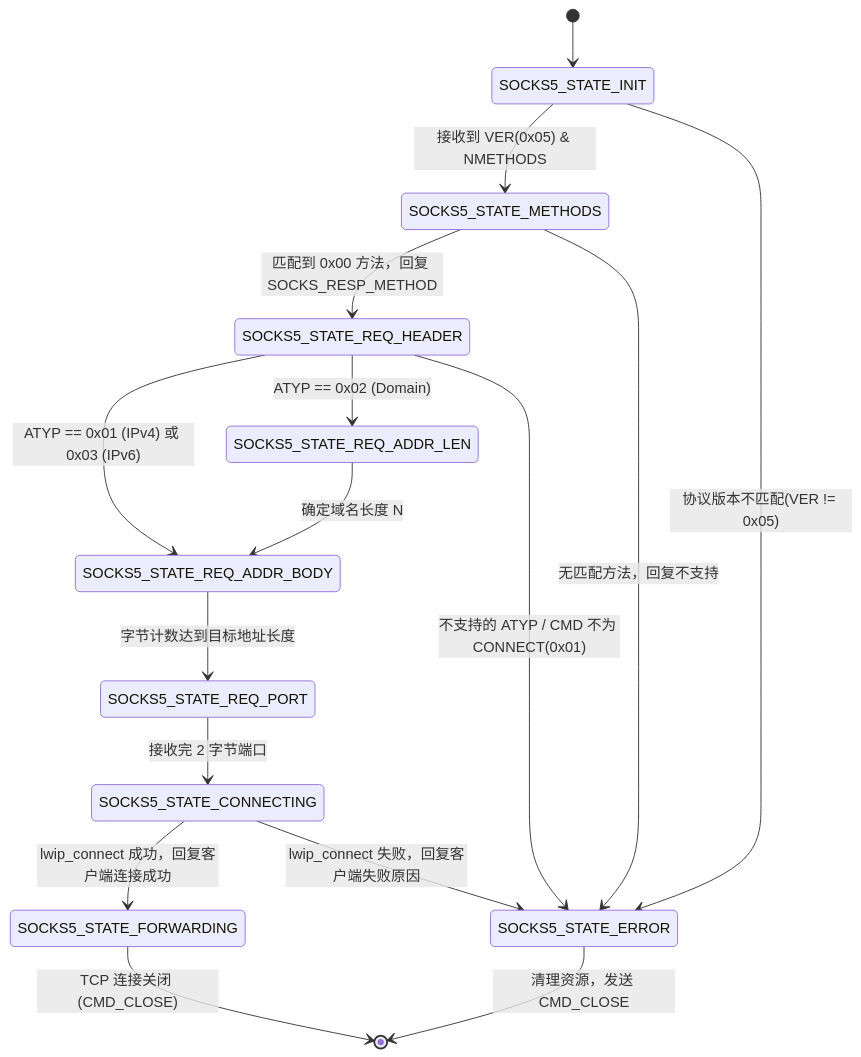
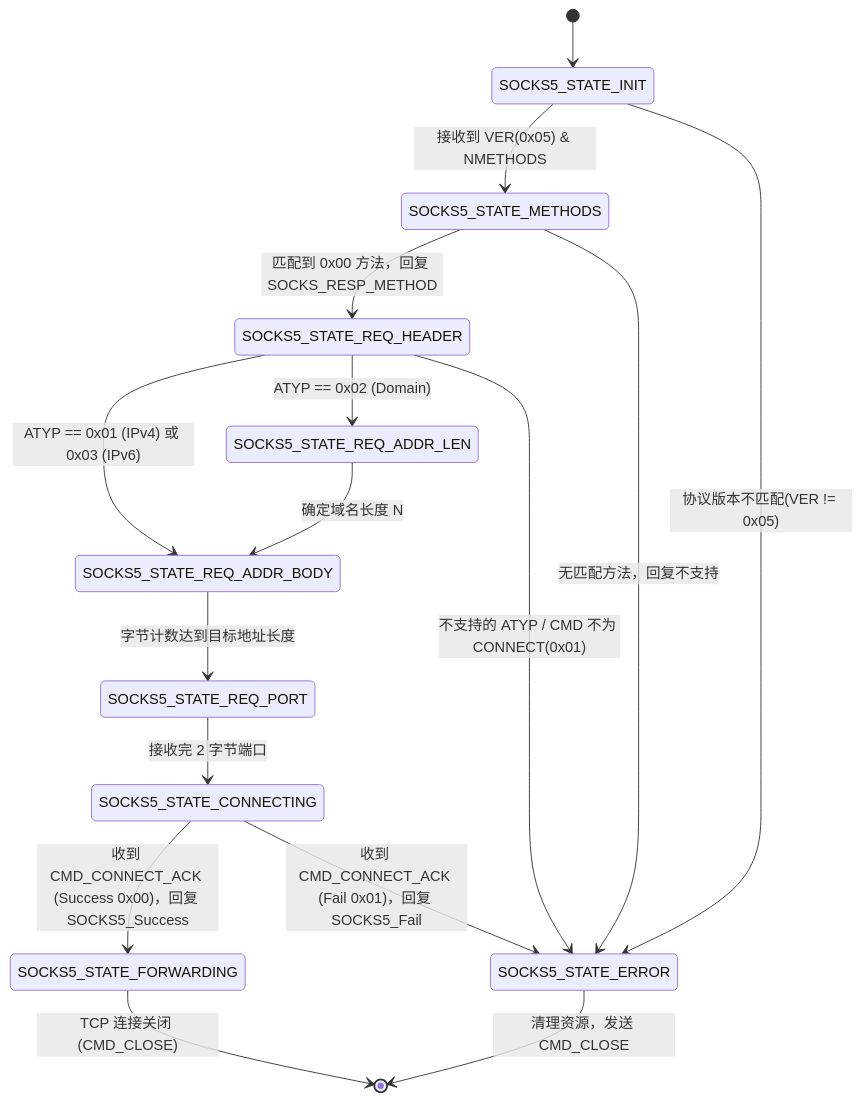
One commit to potato-520/BiTun changed the fifth of 5 diagrams in docs/design.md. Above: the diagram before and after it, drawn with Mermaid. The commit also changed other lines of this file and 4 other files, not shown here.

````diff
--- a/docs/design.md
+++ b/docs/design.md
@@ -431,26 +384,26 @@
 ```mermaid
 stateDiagram-v2
     [*] --> SOCKS5_STATE_INIT
     
     SOCKS5_STATE_INIT --> SOCKS5_STATE_METHODS : 接收到 VER(0x05) & NMETHODS
     SOCKS5_STATE_INIT --> SOCKS5_STATE_ERROR : 协议版本不匹配(VER != 0x05)
     
     SOCKS5_STATE_METHODS --> SOCKS5_STATE_REQ_HEADER : 匹配到 0x00 方法，回复 SOCKS_RESP_METHOD
     SOCKS5_STATE_METHODS --> SOCKS5_STATE_ERROR : 无匹配方法，回复不支持
     
     SOCKS5_STATE_REQ_HEADER --> SOCKS5_STATE_REQ_ADDR_BODY : ATYP == 0x01 (IPv4) 或 0x03 (IPv6)
     SOCKS5_STATE_REQ_HEADER --> SOCKS5_STATE_REQ_ADDR_LEN : ATYP == 0x02 (Domain)
     SOCKS5_STATE_REQ_HEADER --> SOCKS5_STATE_ERROR : 不支持的 ATYP / CMD 不为 CONNECT(0x01)
     
     SOCKS5_STATE_REQ_ADDR_LEN --> SOCKS5_STATE_REQ_ADDR_BODY : 确定域名长度 N
     
     SOCKS5_STATE_REQ_ADDR_BODY --> SOCKS5_STATE_REQ_PORT : 字节计数达到目标地址长度
     
     SOCKS5_STATE_REQ_PORT --> SOCKS5_STATE_CONNECTING : 接收完 2 字节端口
     
-    SOCKS5_STATE_CONNECTING --> SOCKS5_STATE_FORWARDING : lwip_connect 成功，回复客户端连接成功
-    SOCKS5_STATE_CONNECTING --> SOCKS5_STATE_ERROR : lwip_connect 失败，回复客户端失败原因
+    SOCKS5_STATE_CONNECTING --> SOCKS5_STATE_FORWARDING : 收到 CMD_CONNECT_ACK (Success 0x00)，回复 SOCKS5_Success
+    SOCKS5_STATE_CONNECTING --> SOCKS5_STATE_ERROR : 收到 CMD_CONNECT_ACK (Fail 0x01)，回复 SOCKS5_Fail
     
     SOCKS5_STATE_FORWARDING --> [*] : TCP 连接关闭 (CMD_CLOSE)
     SOCKS5_STATE_ERROR --> [*] : 清理资源，发送 CMD_CLOSE
 ```
````
